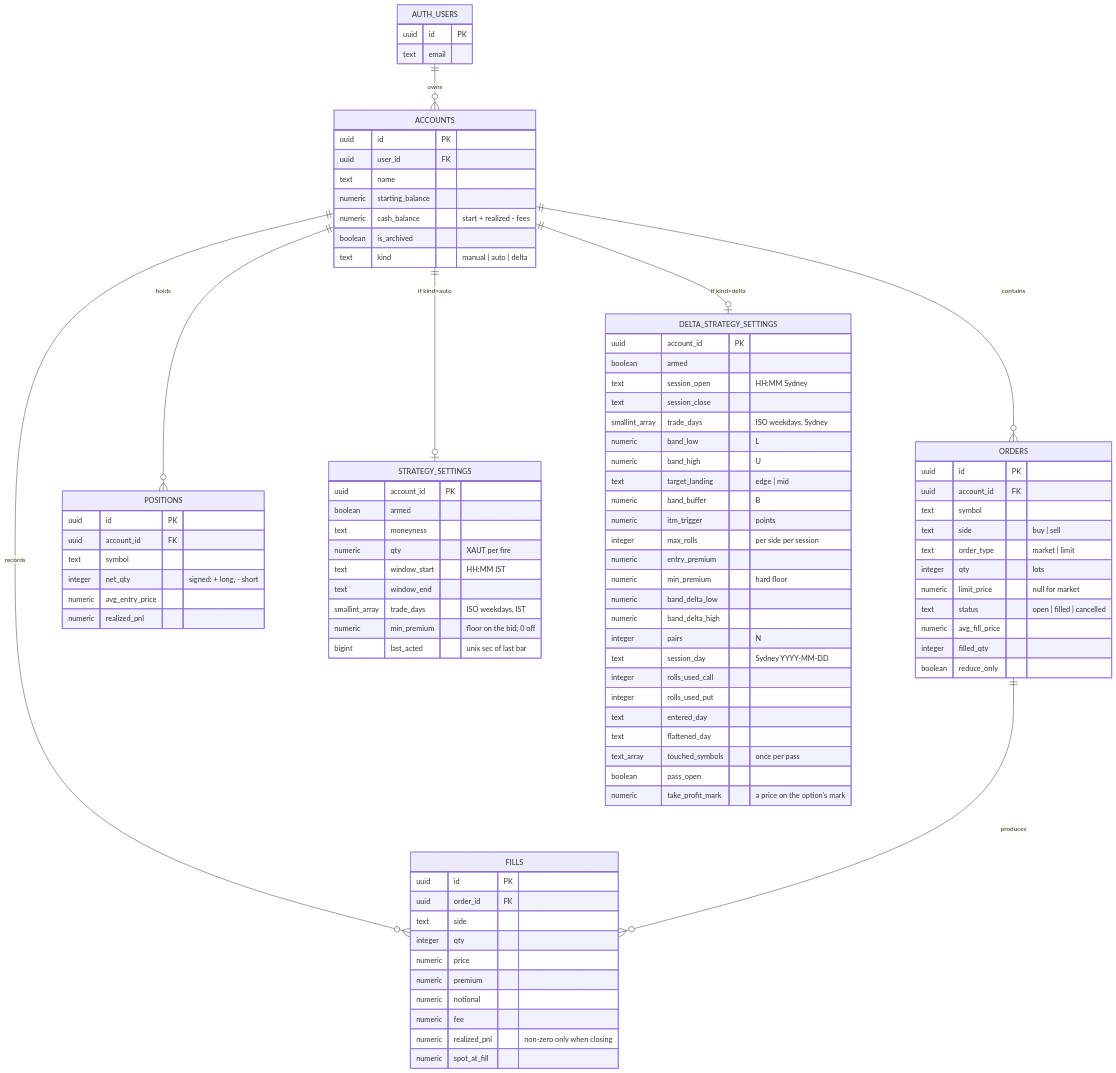
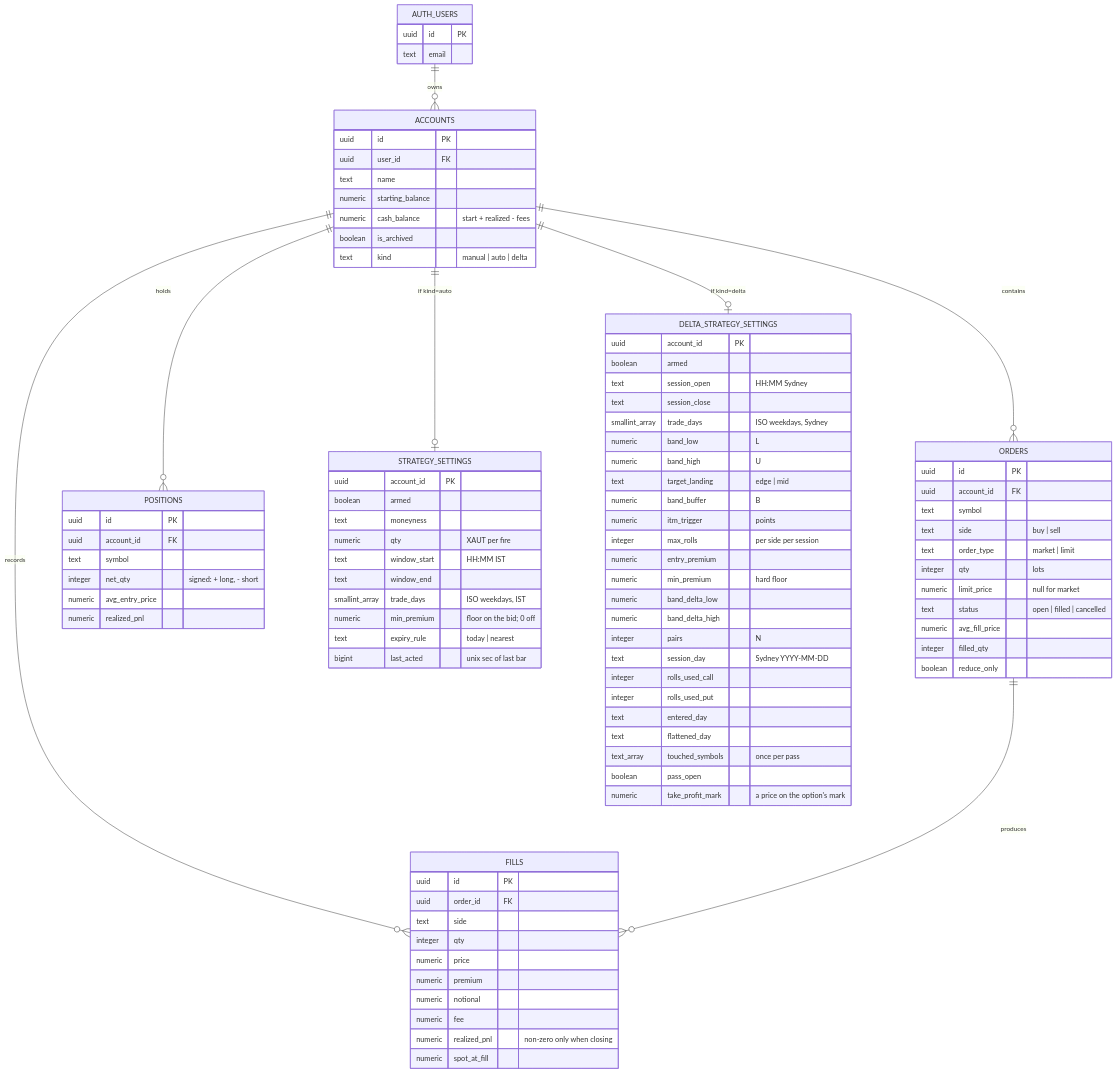
The first of 6 diagrams in docs/LLD.md (Vitti-Capital-Tech/XAUT-Options), drawn with Mermaid before and after one commit. The commit also changed other lines of this file and 6 other files, not shown here.

```diff
--- a/docs/LLD.md
+++ b/docs/LLD.md
@@ -73,6 +73,7 @@
         text window_end
         smallint_array trade_days "ISO weekdays, IST"
         numeric min_premium "floor on the bid; 0 off"
+        text expiry_rule "today | nearest"
         bigint last_acted "unix sec of last bar"
     }
     DELTA_STRATEGY_SETTINGS {
```
